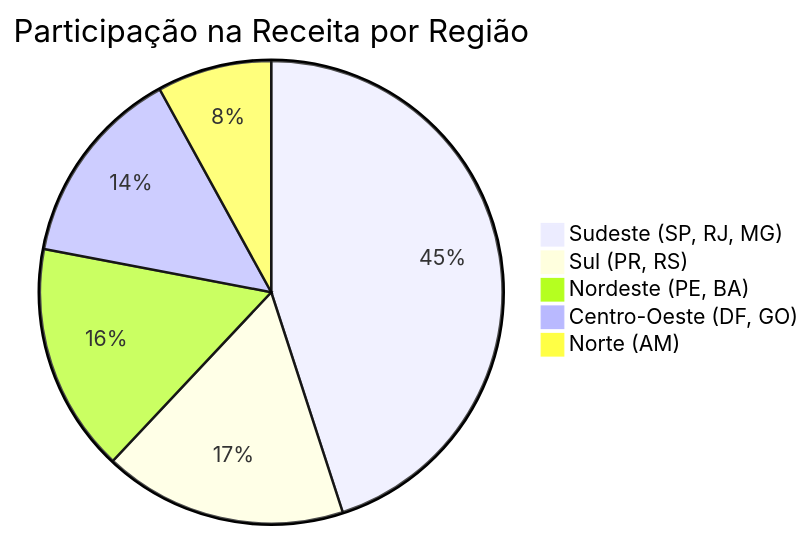
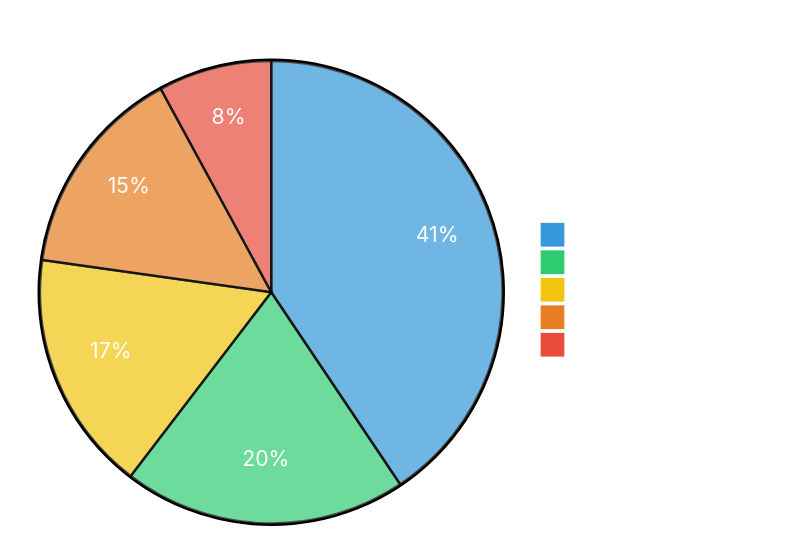
One commit to Igor-Scalzer010/Sales-Analytics changed the fifth of 12 diagrams in docs/analises.md. Above: the diagram before and after it, drawn with Mermaid. The commit also changed other lines of this file, not shown here.

````diff
--- a/docs/analises.md
+++ b/docs/analises.md
@@ -189,8 +134,10 @@
 ```mermaid
+%%{init: {"theme": "base", "themeVariables": {"pie1": "#3498db", "pie2": "#2ecc71", "pie3": "#f1c40f", "pie4": "#e67e22", "pie5": "#e74c3c", "pieTitleTextColor": "#ffffff", "pieLegendTextColor": "#ffffff", "pieSectionTextColor": "#ffffff"}}}%%
+
 pie title Participação na Receita por Região
-    "Sudeste (SP, RJ, MG)" : 45
-    "Sul (PR, RS)" : 17
-    "Nordeste (PE, BA)" : 16
-    "Centro-Oeste (DF, GO)" : 14
+    "Sudeste (SP, RJ, MG)" : 41
+    "Sul (PR, RS)" : 20
+    "Nordeste (PE, BA)" : 17
+    "Centro-Oeste (DF, GO)" : 15
     "Norte (AM)" : 8
 ```
````
